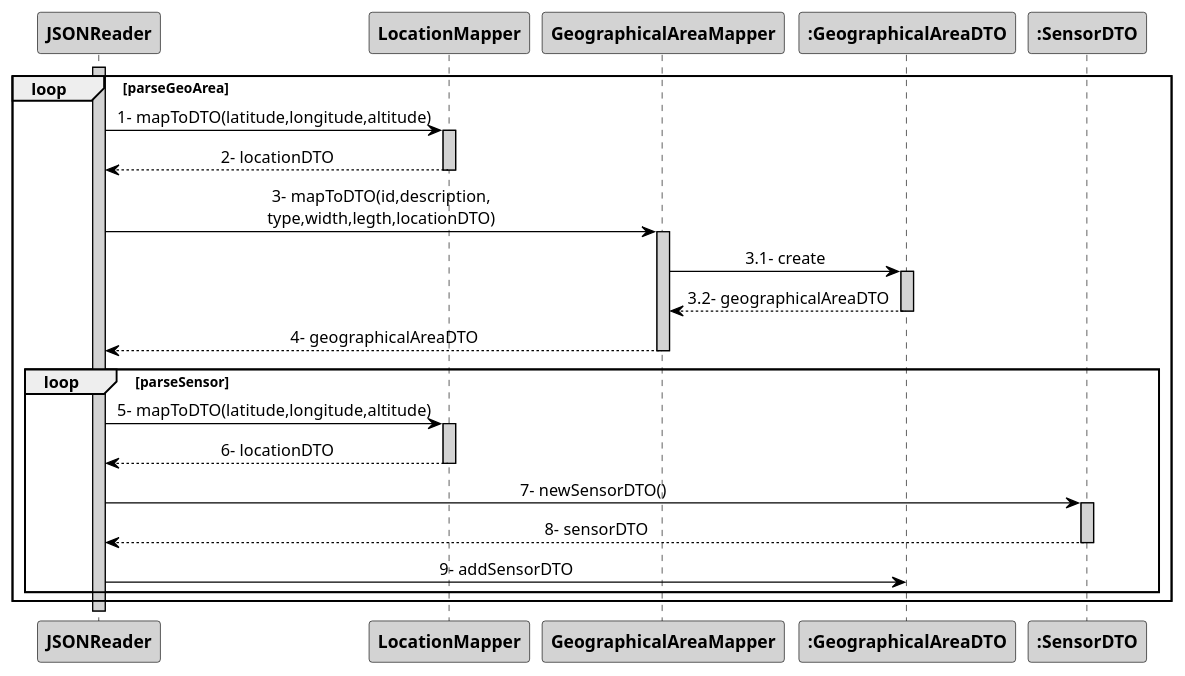
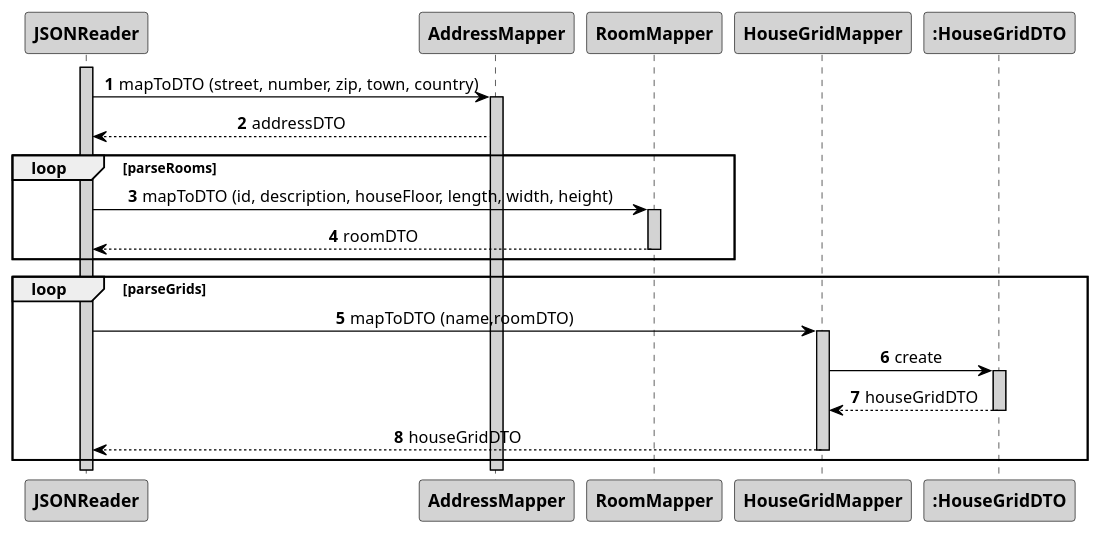
Before and after one commit to 1181687/hateoasToy: the diagram in src/main/java/pt/ipp/isep/dei/project/controllers/configurehouseinformationfromjsoncontroller/SD_Ref_ConfigureHouseFromJSON.puml, drawn with PlantUML. The commit also changed 4 other files, not shown here.

Commit message:
Changes to Class and Sequence Diagrams

```diff
--- a/src/main/java/pt/ipp/isep/dei/project/controllers/configurehouseinformationfromjsoncontroller/SD_Ref_ConfigureHouseFromJSON.puml
+++ b/src/main/java/pt/ipp/isep/dei/project/controllers/configurehouseinformationfromjsoncontroller/SD_Ref_ConfigureHouseFromJSON.puml
@@ -1,48 +1,43 @@
 @startuml
 skinparam sequenceMessageAlign center
 skinparam sequence {
 	ArrowColor Black
 	ActorBorderColor DarkBlue
 	LifeLineBorderColor black
 	LifeLineBackgroundColor LightGrey
 
 	ParticipantBorderColor Black
 	ParticipantBackgroundColor LightGrey
 	ParticipantFontStyle Bold
 
 	ActorBackgroundColor DimGrey
 	ActorFontColor DeepSkyBlue
 	ActorFontStyle Bold
 	ActorFontSize 17
 	ActorFontName Aapex
 }
-loop parseGeoArea
+autonumber
+
 activate "JSONReader"
-JSONReader -> "LocationMapper": 1- mapToDTO(latitude,longitude,altitude)
-activate "LocationMapper"
-"LocationMapper" --> JSONReader: 2- locationDTO
-deactivate "LocationMapper"
-JSONReader -> "GeographicalAreaMapper": 3- mapToDTO(id,description,\ntype,width,legth,locationDTO)
-activate "GeographicalAreaMapper"
-"GeographicalAreaMapper" -> ":GeographicalAreaDTO" : 3.1- create
-activate ":GeographicalAreaDTO"
-":GeographicalAreaDTO" --> "GeographicalAreaMapper": 3.2- geographicalAreaDTO
-deactivate ":GeographicalAreaDTO"
+JSONReader -> AddressMapper: mapToDTO (street, number, zip, town, country)
+activate "AddressMapper"
+"AddressMapper" --> JSONReader : addressDTO
+loop parseRooms
 
-"GeographicalAreaMapper" --> JSONReader: 4- geographicalAreaDTO
-deactivate "GeographicalAreaMapper"
-
-loop parseSensor
-JSONReader -> "LocationMapper": 5- mapToDTO(latitude,longitude,altitude)
-activate "LocationMapper"
-"LocationMapper" --> JSONReader: 6- locationDTO
-deactivate "LocationMapper"
-JSONReader -> ":SensorDTO": 7- newSensorDTO()
-activate ":SensorDTO"
-":SensorDTO" --> JSONReader: 8- sensorDTO
-deactivate ":SensorDTO"
-"JSONReader" -> ":GeographicalAreaDTO" :9- addSensorDTO
-
+JSONReader -> "RoomMapper": mapToDTO (id, description, houseFloor, length, width, height)
+activate "RoomMapper"
+"RoomMapper" --> JSONReader: roomDTO
+deactivate "RoomMapper"
 end
+loop parseGrids
+activate "JSONReader"
+JSONReader -> "HouseGridMapper": mapToDTO (name,roomDTO)
+activate "HouseGridMapper"
+"HouseGridMapper" -> ":HouseGridDTO" : create
+activate ":HouseGridDTO"
+":HouseGridDTO" --> "HouseGridMapper": houseGridDTO
+deactivate ":HouseGridDTO"
+"HouseGridMapper" --> JSONReader: houseGridDTO
+deactivate "HouseGridMapper"
 end
 @enduml
```
